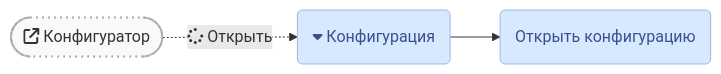
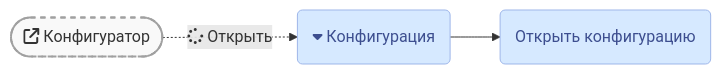
The second of 3 diagrams in faq/crash/main-white-window.md (lugovoe/manual), drawn with Mermaid before and after one commit.

````diff
--- a/faq/crash/main-white-window.md
+++ b/faq/crash/main-white-window.md
@@ -33,11 +33,11 @@
 ``` mermaid
 flowchart LR
   b1(["fa:fa-external-link Конфигуратор"]) -. fa:fa-spinner Открыть .-> m1;
   m1(fa:fa-caret-down Конфигурация) --> m2;
   m2(Открыть конфигурацию);
   classDef default fill:#d6e9ff,stroke:#a0a0a0,stroke-width:1px;
-  classDef button fill:#f9f9f9,stroke-width:2px,stroke-dasharray:1 5;
+  classDef button fill:#f9f9f9,stroke-width:2px,stroke-dasharray:5 5;
   classDef cofnmenu stroke:#9eb6e9,color:#3d4e8f;
   class b1 button;
   class m1,m2 cofnmenu;
 ```
````
